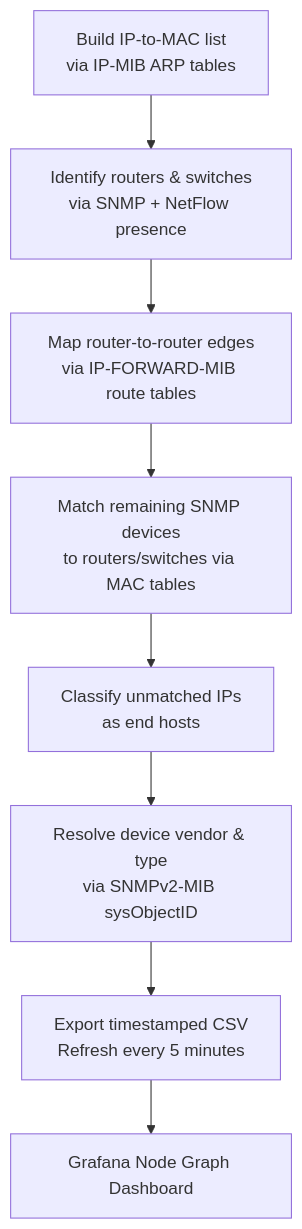
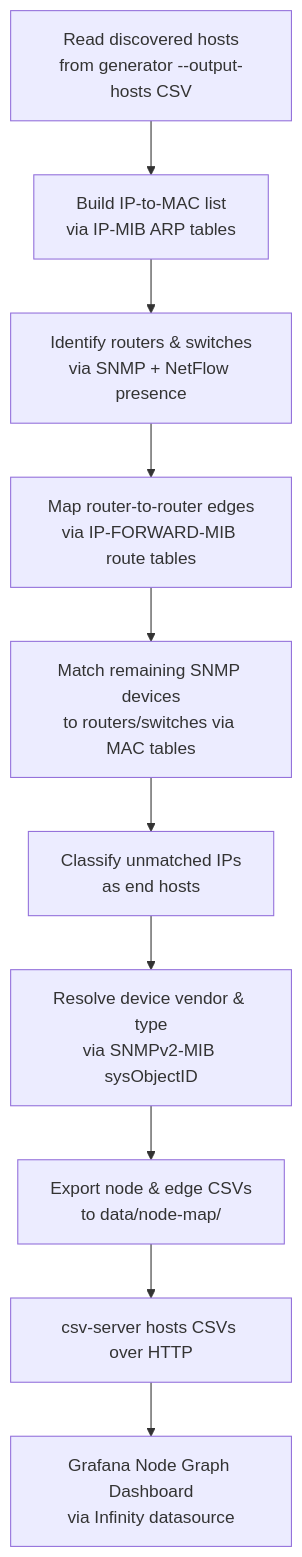
One commit to Sameer-Haque/Network-Segmentation-Visualizer changed the second of 2 diagrams in README.md. Above: the diagram before and after it, drawn with Mermaid. The commit also changed other lines of this file, not shown here.

````diff
--- a/README.md
+++ b/README.md
@@ -198,10 +216,12 @@
 ```mermaid
 flowchart TD
-    A[Build IP-to-MAC list\nvia IP-MIB ARP tables] --> B[Identify routers & switches\nvia SNMP + NetFlow presence]
-    B --> C[Map router-to-router edges\nvia IP-FORWARD-MIB route tables]
-    C --> D[Match remaining SNMP devices\nto routers/switches via MAC tables]
-    D --> E[Classify unmatched IPs\nas end hosts]
-    E --> F[Resolve device vendor & type\nvia SNMPv2-MIB sysObjectID]
-    F --> G[Export timestamped CSV\nRefresh every 5 minutes]
-    G --> H[Grafana Node Graph Dashboard]
+    A[Read discovered hosts\nfrom generator --output-hosts CSV] --> B[Build IP-to-MAC list\nvia IP-MIB ARP tables]
+    B --> C[Identify routers & switches\nvia SNMP + NetFlow presence]
+    C --> D[Map router-to-router edges\nvia IP-FORWARD-MIB route tables]
+    D --> E[Match remaining SNMP devices\nto routers/switches via MAC tables]
+    E --> F[Classify unmatched IPs\nas end hosts]
+    F --> G[Resolve device vendor & type\nvia SNMPv2-MIB sysObjectID]
+    G --> H[Export node & edge CSVs\nto data/node-map/]
+    H --> I[csv-server hosts CSVs over HTTP]
+    I --> J[Grafana Node Graph Dashboard\nvia Infinity datasource]
 ```
````
